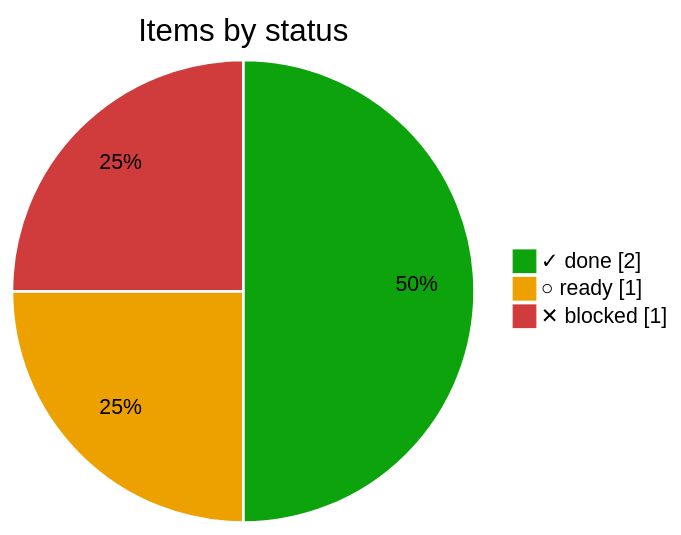
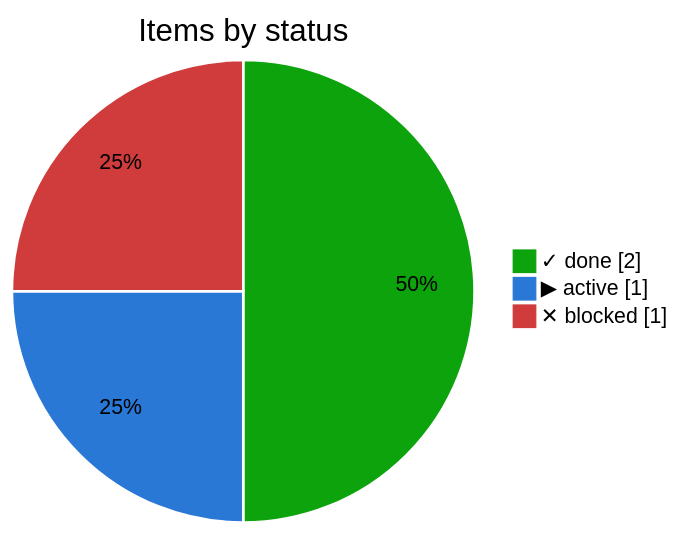
One commit to bvraghav/pmtrack changed the first of 2 diagrams in ci.md. Above: the diagram before and after it, drawn with Mermaid. The commit also changed other lines of this file and 4 other files, not shown here.

````diff
--- a/ci.md
+++ b/ci.md
@@ -9,7 +9,7 @@
 ```mermaid
-%%{init: {"themeVariables": {"pie1": "#0ca30c", "pie2": "#eda100", "pie3": "#d03b3b", "pieOpacity": "1", "pieSectionTextColor": "#000", "pieStrokeColor": "#fff", "pieStrokeWidth": "2px", "pieOuterStrokeWidth": "0px"}}}%%
+%%{init: {"themeVariables": {"pie1": "#0ca30c", "pie2": "#2a78d6", "pie3": "#d03b3b", "pieOpacity": "1", "pieSectionTextColor": "#000", "pieStrokeColor": "#fff", "pieStrokeWidth": "2px", "pieOuterStrokeWidth": "0px"}}}%%
 pie showData title Items by status
   "✓ done" : 2
-  "○ ready" : 1
+  "▶ active" : 1
   "✕ blocked" : 1
 ```
````
